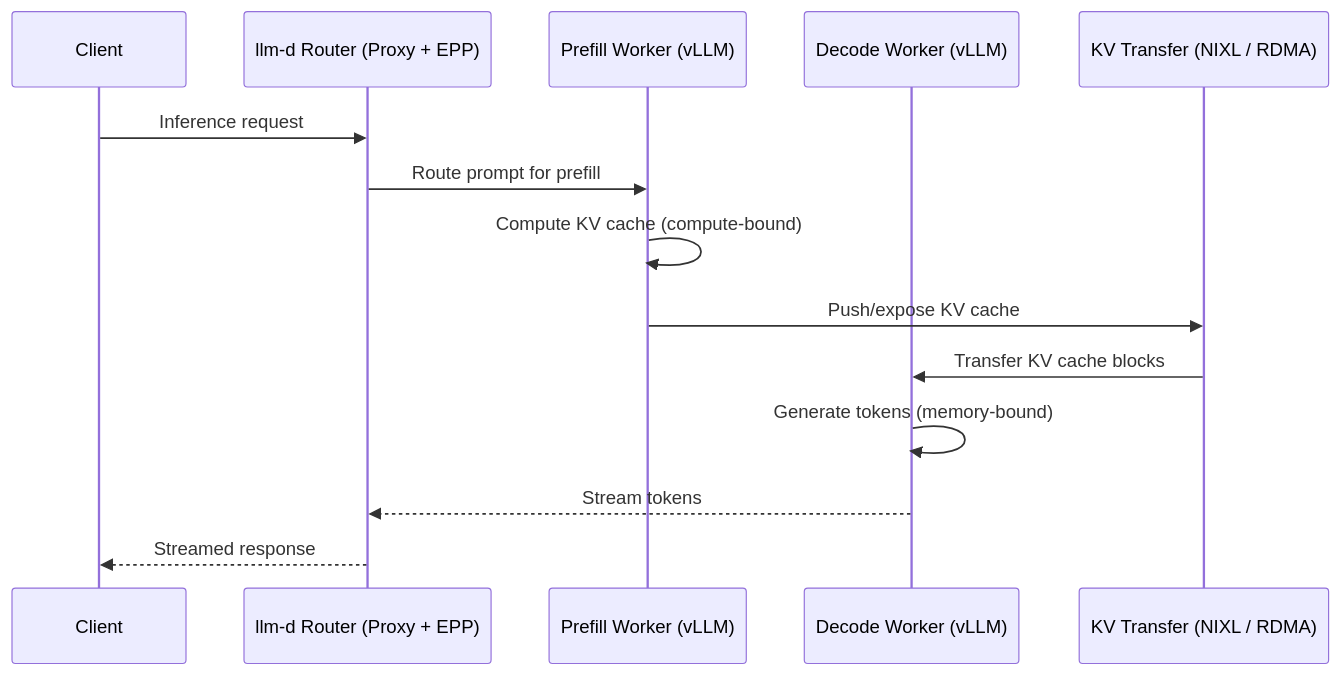
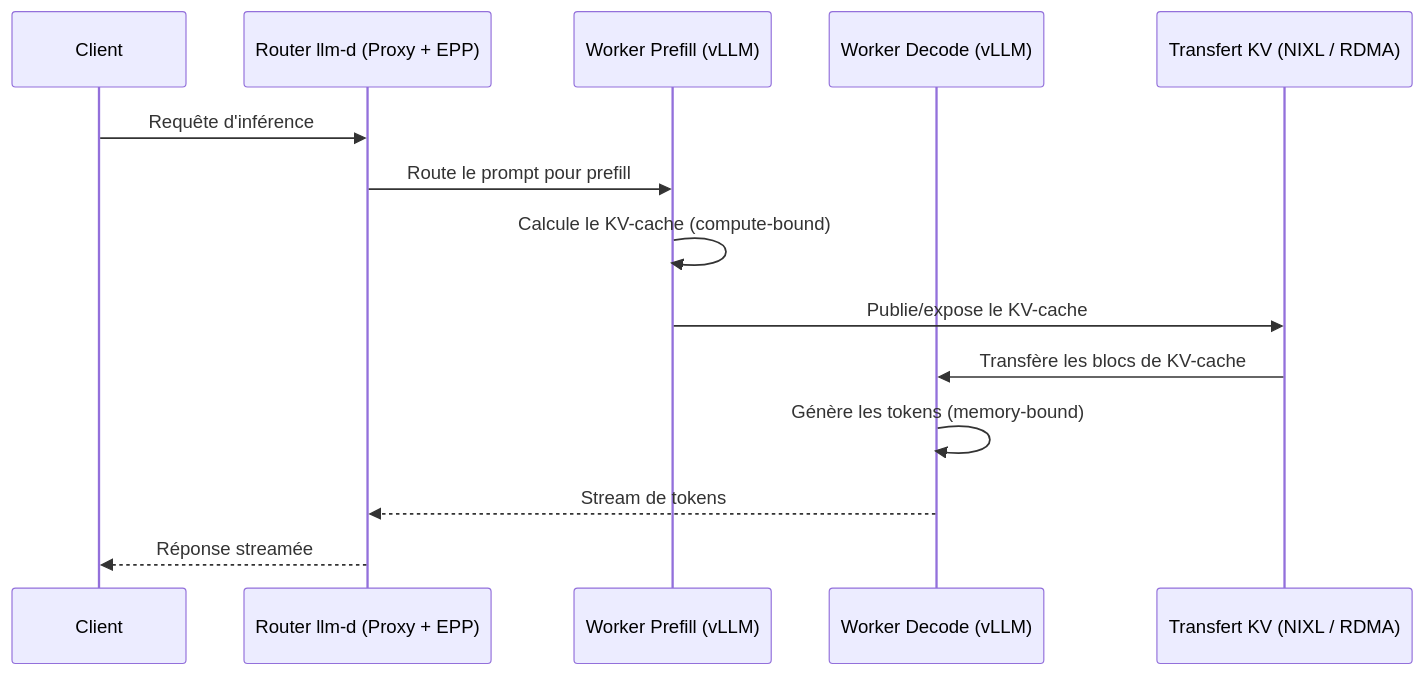
Before and after one commit to ADORSYS-GIS/Custom-Ai-Ops: diagram 15 of 26 in docs/explain/llm-d.md, drawn with Mermaid. The commit also changed other lines of this file and 39 other files, not shown here.

````diff
--- a/docs/explain/llm-d.md
+++ b/docs/explain/llm-d.md
@@ -228,17 +570,17 @@
 ```mermaid
 sequenceDiagram
     participant Client
-    participant Router as llm-d Router (Proxy + EPP)
-    participant Prefill as Prefill Worker (vLLM)
-    participant Decode as Decode Worker (vLLM)
-    participant Xfer as KV Transfer (NIXL / RDMA)
+    participant Router as Router llm-d (Proxy + EPP)
+    participant Prefill as Worker Prefill (vLLM)
+    participant Decode as Worker Decode (vLLM)
+    participant Xfer as Transfert KV (NIXL / RDMA)
 
-    Client->>Router: Inference request
-    Router->>Prefill: Route prompt for prefill
-    Prefill->>Prefill: Compute KV cache (compute-bound)
-    Prefill->>Xfer: Push/expose KV cache
-    Xfer->>Decode: Transfer KV cache blocks
-    Decode->>Decode: Generate tokens (memory-bound)
-    Decode-->>Router: Stream tokens
-    Router-->>Client: Streamed response
+    Client->>Router: Requête d'inférence
+    Router->>Prefill: Route le prompt pour prefill
+    Prefill->>Prefill: Calcule le KV-cache (compute-bound)
+    Prefill->>Xfer: Publie/expose le KV-cache
+    Xfer->>Decode: Transfère les blocs de KV-cache
+    Decode->>Decode: Génère les tokens (memory-bound)
+    Decode-->>Router: Stream de tokens
+    Router-->>Client: Réponse streamée
 ```
````
